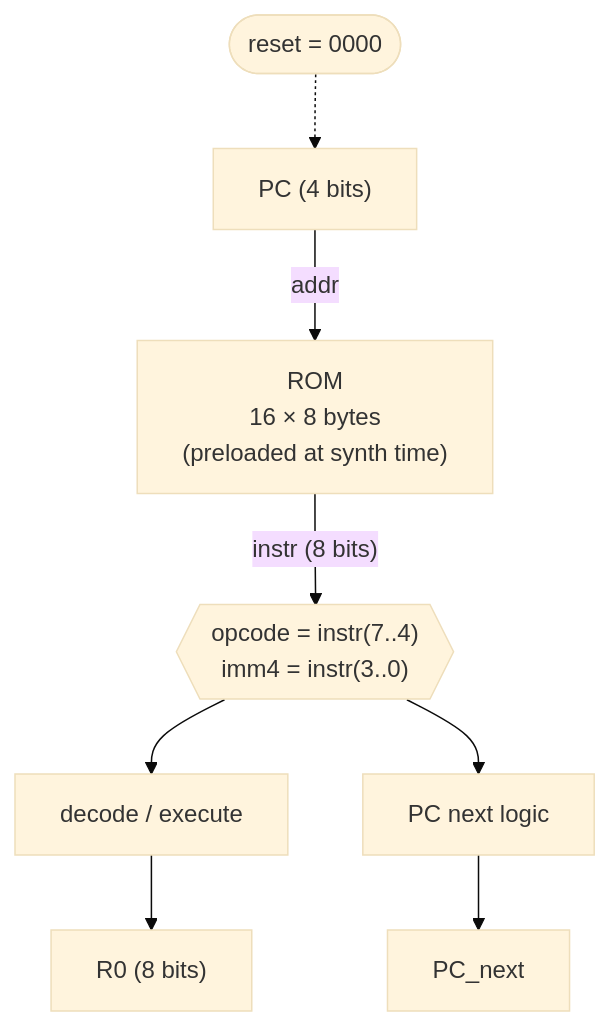
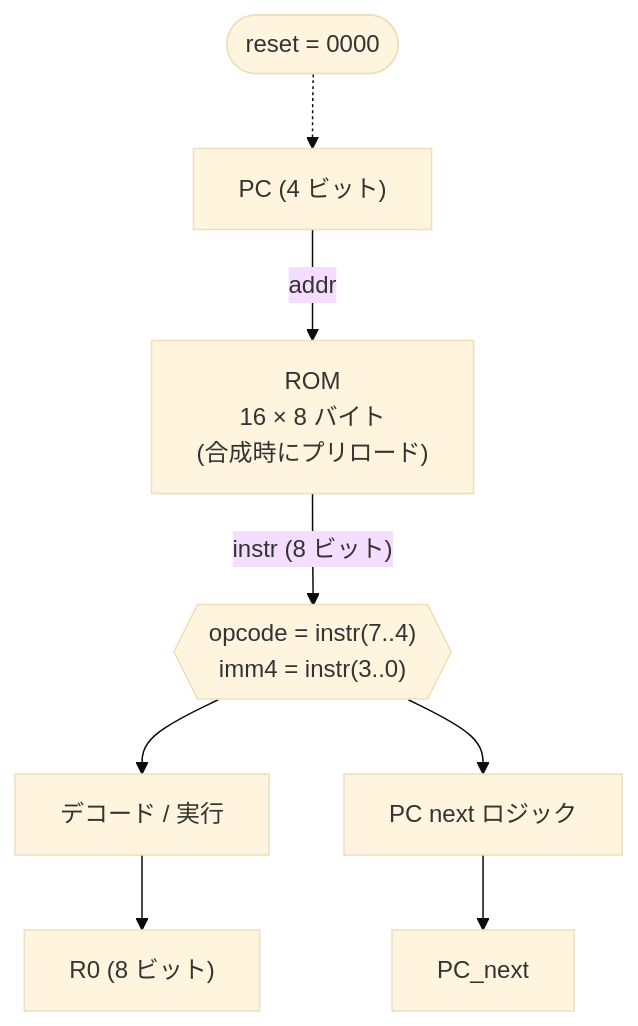
Before and after one commit to Kmila9s/Kmila: the diagram in Kmila.Shared/wwwroot/Learn/jp/cpu/02-cpu-project.md, drawn with Mermaid (base theme). The commit also changed other lines of this file and 207 other files, not shown here.

````diff
--- a/Kmila.Shared/wwwroot/Learn/jp/cpu/02-cpu-project.md
+++ b/Kmila.Shared/wwwroot/Learn/jp/cpu/02-cpu-project.md
@@ -7,10 +7,10 @@
 ```mermaid
 flowchart TD
-    RST(["reset = 0000"]) -.-> PC["PC (4 bits)"]
-    PC -- addr --> ROM["ROM<br/>16 × 8 bytes<br/>(preloaded at synth time)"]
-    ROM -- "instr (8 bits)" --> SPLIT{{"opcode = instr(7..4)<br/>imm4 = instr(3..0)"}}
-    SPLIT --> DECEXE["decode / execute"]
-    SPLIT --> PCNXT["PC next logic"]
-    DECEXE --> R0["R0 (8 bits)"]
+    RST(["reset = 0000"]) -.-> PC["PC (4 ビット)"]
+    PC -- addr --> ROM["ROM<br/>16 × 8 バイト<br/>(合成時にプリロード)"]
+    ROM -- "instr (8 ビット)" --> SPLIT{{"opcode = instr(7..4)<br/>imm4 = instr(3..0)"}}
+    SPLIT --> DECEXE["デコード / 実行"]
+    SPLIT --> PCNXT["PC next ロジック"]
+    DECEXE --> R0["R0 (8 ビット)"]
     PCNXT --> PCN["PC_next"]
 ```
````
